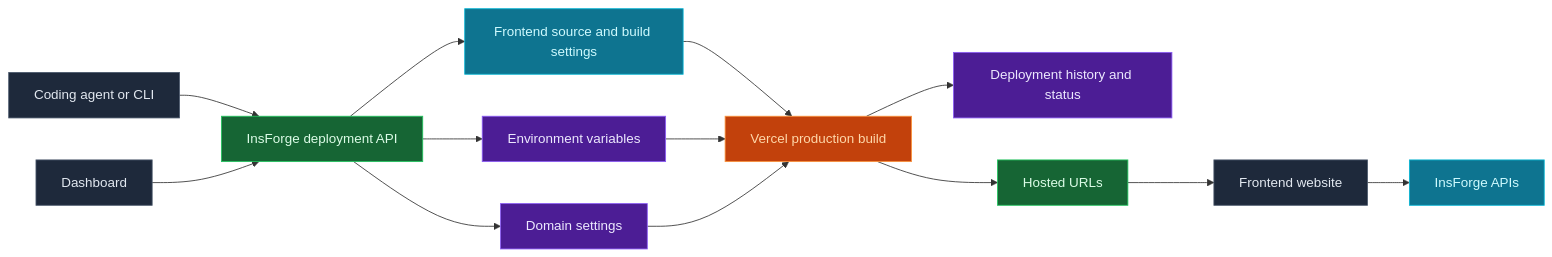
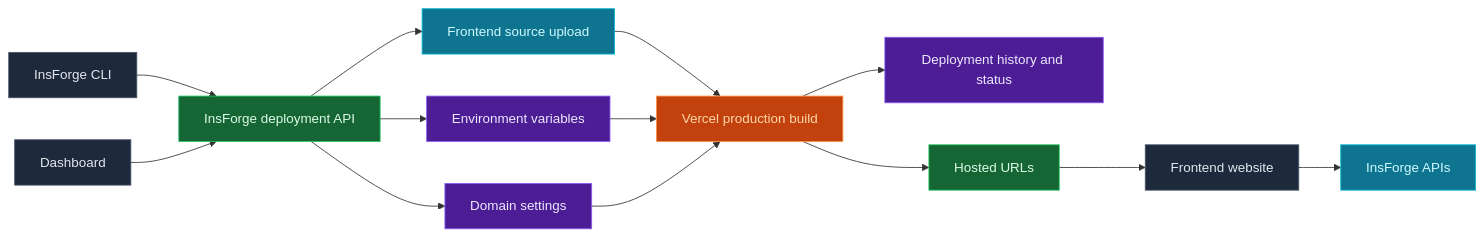
The diagram in docs/core-concepts/deployments/overview.mdx (InsForge/InsForge), drawn with Mermaid before and after one commit. The commit also changed other lines of this file, not shown here.

Commit message:
Use CLI-first deployments docs

````diff
--- a/docs/core-concepts/deployments/overview.mdx
+++ b/docs/core-concepts/deployments/overview.mdx
@@ -17,30 +17,30 @@
 ```mermaid
 flowchart LR
-    Agent[Coding agent or CLI] --> API[InsForge deployment API]
+    CLI[InsForge CLI] --> API[InsForge deployment API]
     Dashboard[Dashboard] --> API
 
-    API --> Source[Frontend source and build settings]
+    API --> Source[Frontend source upload]
     API --> Env[Environment variables]
     API --> Domains[Domain settings]
 
     Source --> Vercel[Vercel production build]
     Env --> Vercel
     Domains --> Vercel
 
     Vercel --> History[Deployment history and status]
     Vercel --> URL[Hosted URLs]
     URL --> App[Frontend website]
     App --> Project[InsForge APIs]
 
-    style Agent fill:#1e293b,stroke:#475569,color:#e2e8f0
+    style CLI fill:#1e293b,stroke:#475569,color:#e2e8f0
     style Dashboard fill:#1e293b,stroke:#475569,color:#e2e8f0
     style API fill:#166534,stroke:#22c55e,color:#dcfce7
     style Source fill:#0e7490,stroke:#06b6d4,color:#cffafe
     style Env fill:#4c1d95,stroke:#8b5cf6,color:#ede9fe
     style Domains fill:#4c1d95,stroke:#8b5cf6,color:#ede9fe
     style Vercel fill:#c2410c,stroke:#fb923c,color:#fed7aa
     style History fill:#4c1d95,stroke:#8b5cf6,color:#ede9fe
     style URL fill:#166534,stroke:#22c55e,color:#dcfce7
     style App fill:#1e293b,stroke:#475569,color:#e2e8f0
     style Project fill:#0e7490,stroke:#06b6d4,color:#cffafe
 ```
````
